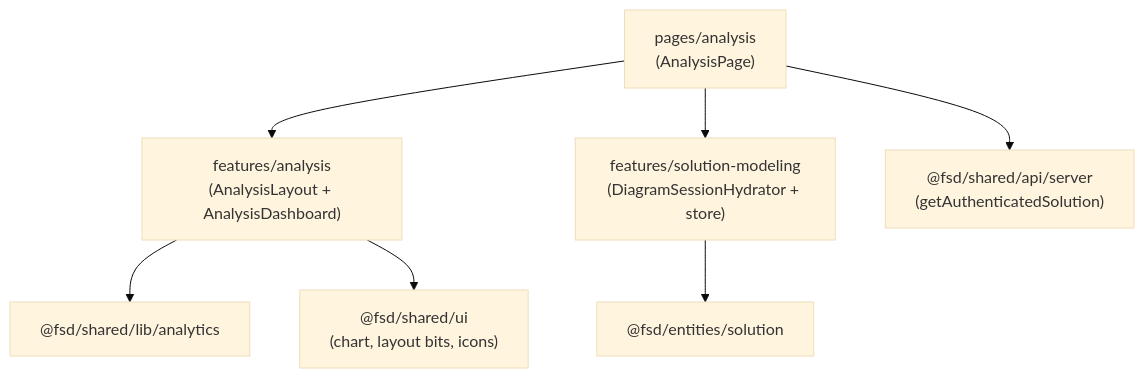
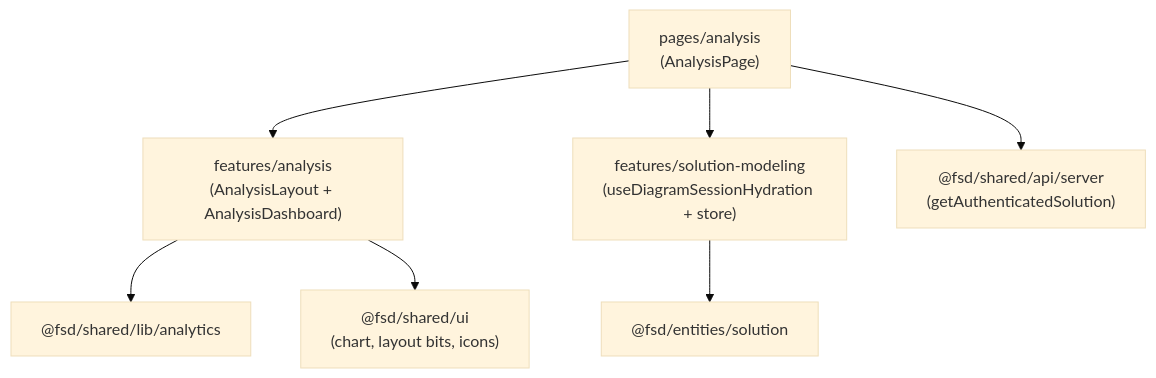
Before and after one commit to QOLQA/DBCapibara-next: the third of 9 diagrams in docs/architecture/frontend-fsd-architecture.md, drawn with Mermaid (base theme). The commit also changed 7 other files, not shown here.

Commit message:
refactor(fsd): move diagram session hydration from widgets to solution-modeling

````diff
--- a/docs/architecture/frontend-fsd-architecture.md
+++ b/docs/architecture/frontend-fsd-architecture.md
@@ -175,10 +175,10 @@
 ```mermaid
 flowchart TB
   pageAnalysis["pages/analysis\n(AnalysisPage)"] --> featAnalysis["features/analysis\n(AnalysisLayout + AnalysisDashboard)"]
-  pageAnalysis --> featSolutionModeling["features/solution-modeling\n(DiagramSessionHydrator + store)"]
+  pageAnalysis --> featSolutionModeling["features/solution-modeling\n(useDiagramSessionHydration + store)"]
   pageAnalysis --> sharedApiServer["@fsd/shared/api/server\n(getAuthenticatedSolution)"]
 
   featAnalysis --> sharedLibAnalytics["@fsd/shared/lib/analytics"]
   featAnalysis --> sharedUi["@fsd/shared/ui\n(chart, layout bits, icons)"]
   featSolutionModeling --> entSolution["@fsd/entities/solution"]
 ```
````
